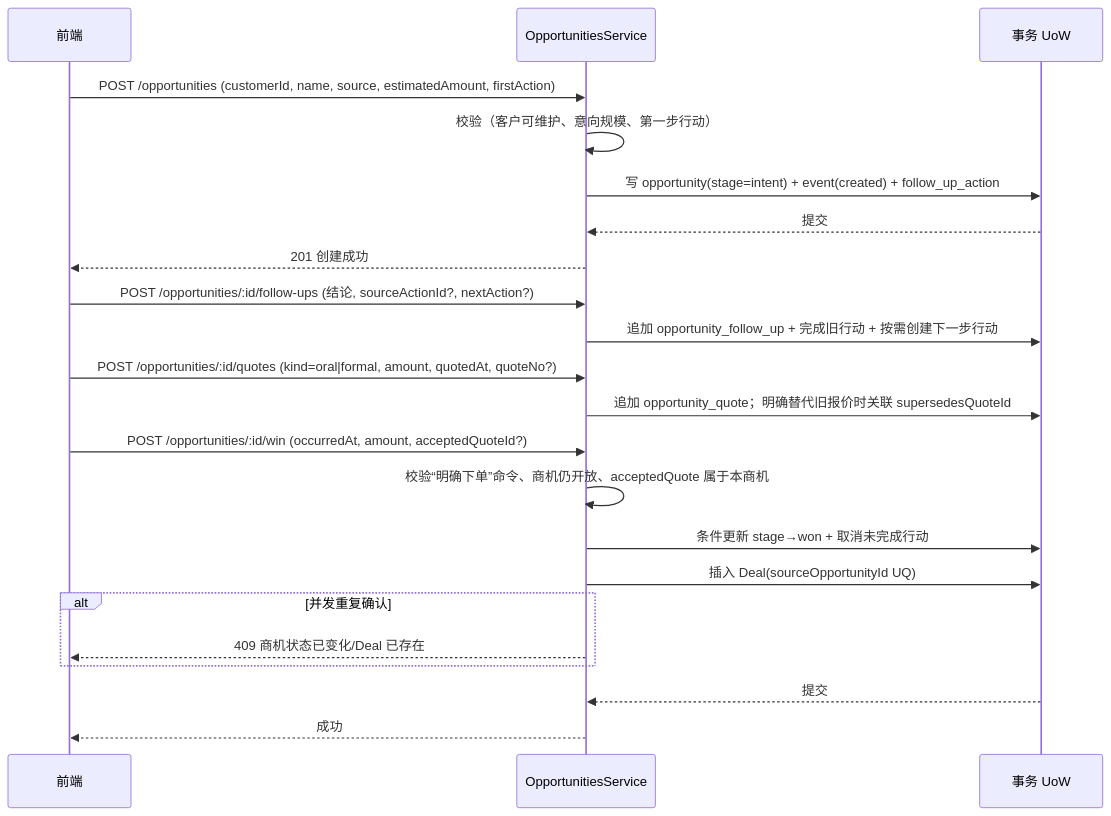
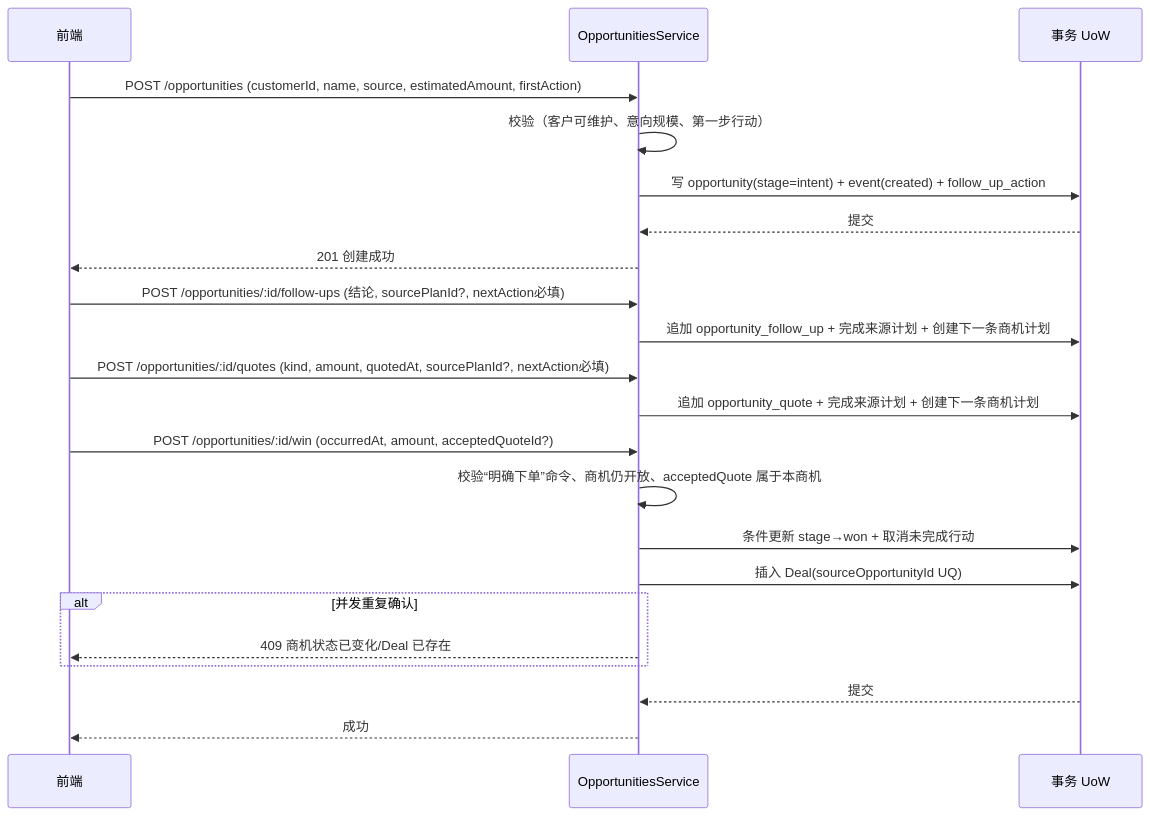
Before and after one commit to lixiname/LITECRM: diagram 17 of 26 in docs/重构架构决策与实施蓝图.md, drawn with Mermaid. The commit also changed other lines of this file and 72 other files, not shown here.

````diff
--- a/docs/重构架构决策与实施蓝图.md
+++ b/docs/重构架构决策与实施蓝图.md
@@ -1064,24 +1068,24 @@
 ```mermaid
 sequenceDiagram
     participant C as 前端
     participant S as OpportunitiesService
     participant D as 事务 UoW
     C->>S: POST /opportunities (customerId, name, source, estimatedAmount, firstAction)
     S->>S: 校验（客户可维护、意向规模、第一步行动）
     S->>D: 写 opportunity(stage=intent) + event(created) + follow_up_action
     D-->>S: 提交
     S-->>C: 201 创建成功
-    C->>S: POST /opportunities/:id/follow-ups (结论, sourceActionId?, nextAction?)
-    S->>D: 追加 opportunity_follow_up + 完成旧行动 + 按需创建下一步行动
-    C->>S: POST /opportunities/:id/quotes (kind=oral|formal, amount, quotedAt, quoteNo?)
-    S->>D: 追加 opportunity_quote；明确替代旧报价时关联 supersedesQuoteId
+    C->>S: POST /opportunities/:id/follow-ups (结论, sourcePlanId?, nextAction必填)
+    S->>D: 追加 opportunity_follow_up + 完成来源计划 + 创建下一条商机计划
+    C->>S: POST /opportunities/:id/quotes (kind, amount, quotedAt, sourcePlanId?, nextAction必填)
+    S->>D: 追加 opportunity_quote + 完成来源计划 + 创建下一条商机计划
     C->>S: POST /opportunities/:id/win (occurredAt, amount, acceptedQuoteId?)
     S->>S: 校验“明确下单”命令、商机仍开放、acceptedQuote 属于本商机
     S->>D: 条件更新 stage→won + 取消未完成行动
     S->>D: 插入 Deal(sourceOpportunityId UQ)
     alt 并发重复确认
         S-->>C: 409 商机状态已变化/Deal 已存在
     end
     D-->>S: 提交
     S-->>C: 成功
 ```
````
